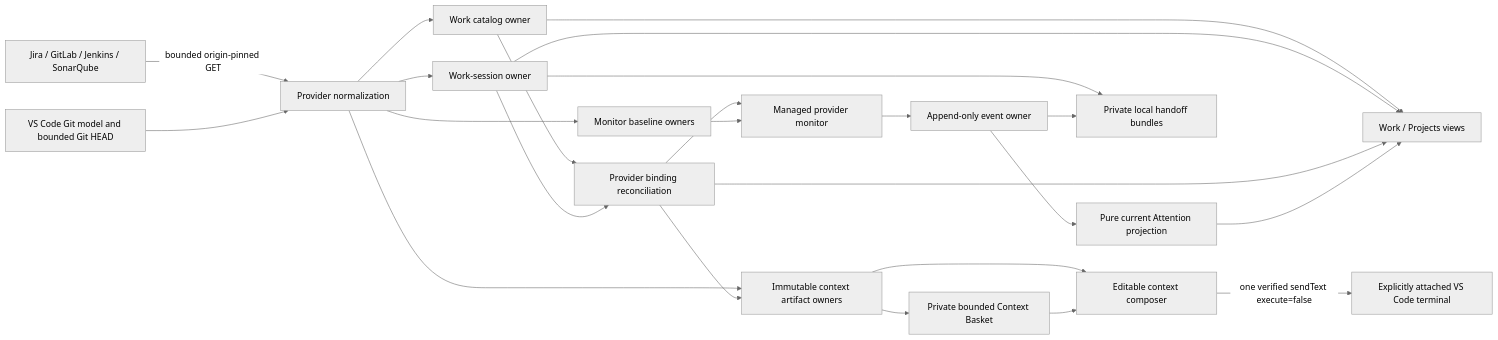
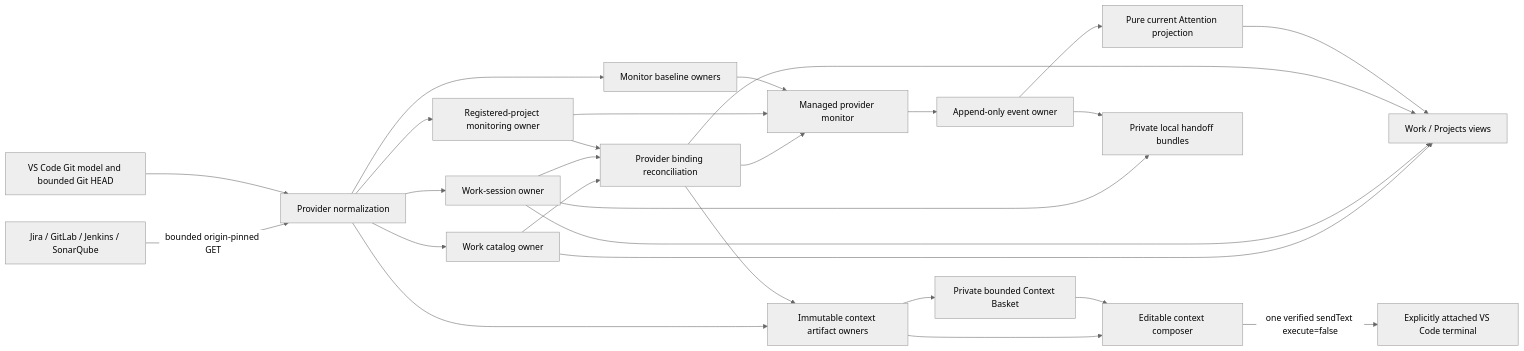
One commit to jmac4909/kronos changed the diagram in docs/state-ownership.md. Above: the diagram before and after it, drawn with Mermaid (neutral theme). The commit also changed other lines of this file and 30 other files, not shown here.

````diff
--- a/docs/state-ownership.md
+++ b/docs/state-ownership.md
@@ -5,26 +5,29 @@
 ```mermaid
 flowchart LR
   P[Jira / GitLab / Jenkins / SonarQube] -->|bounded origin-pinned GET| N[Provider normalization]
   G[VS Code Git model and bounded Git HEAD] --> N
   N --> W[Work catalog owner]
   N --> S[Work-session owner]
+  N --> PM[Registered-project monitoring owner]
   N --> B[Monitor baseline owners]
   N --> C[Immutable context artifact owners]
   W --> R[Provider binding reconciliation]
   S --> R
+  PM --> R
   W --> V[Work / Projects views]
   S --> V
   R --> V
   R --> M
   R --> C
-  B --> M[Managed provider monitor]
+  PM --> M[Managed provider monitor]
+  B --> M
   M --> E[Append-only event owner]
   E --> A[Pure current Attention projection]
   A --> V
   C --> X[Editable context composer]
   C --> K[Private bounded Context Basket]
   K --> X
   S --> H[Private local handoff bundles]
   E --> H
   X -->|one verified sendText execute=false| T[Explicitly attached VS Code terminal]
 ```
````
